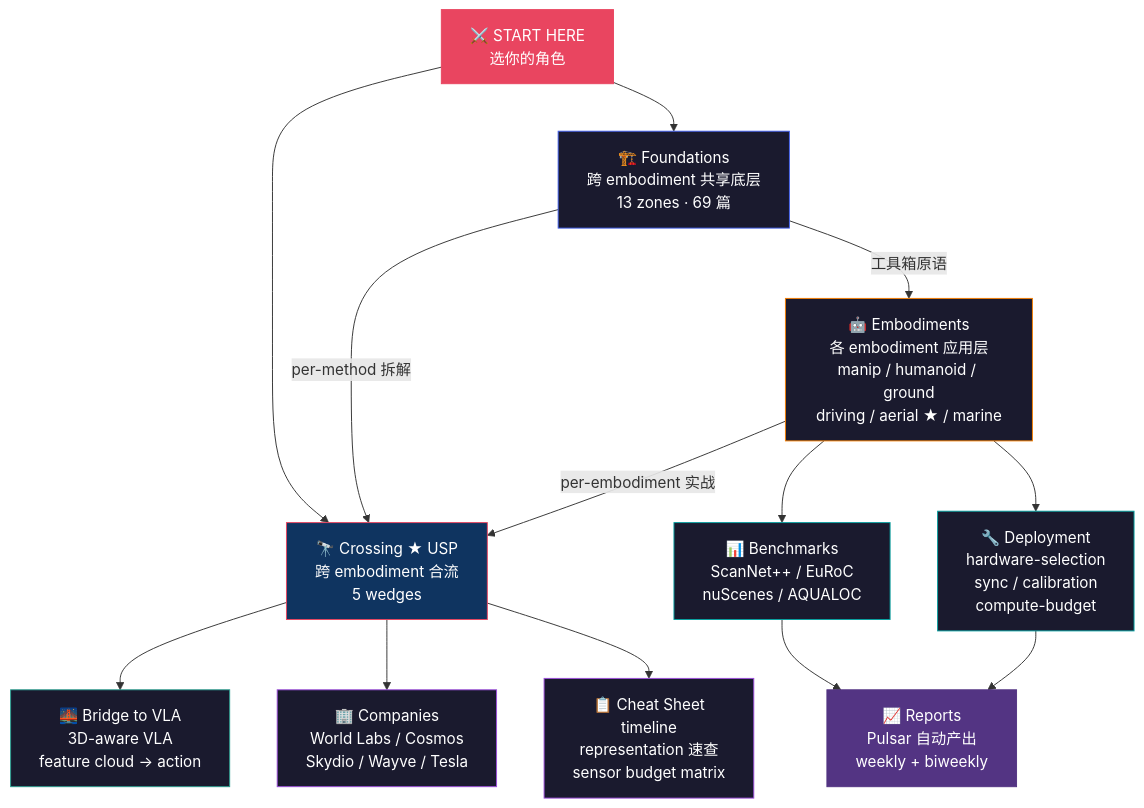
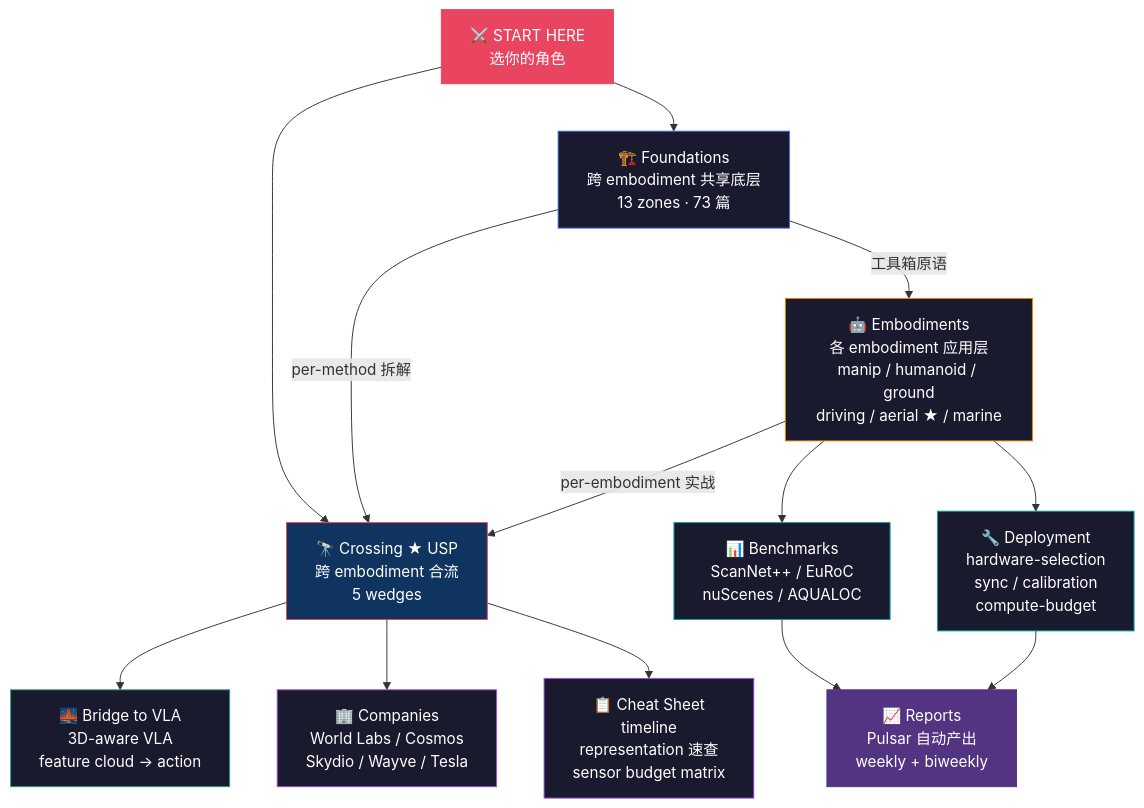
Before and after one commit to sou350121/Spatial-Intelligence-Handbook: the diagram in README.md, drawn with Mermaid. The commit also changed other lines of this file and 7 other files, not shown here.

````diff
--- a/README.md
+++ b/README.md
@@ -48,31 +48,31 @@
 ```mermaid
 graph TD
-    START["⚔️ START HERE<br/>选你的角色"] --> FOUND["🏗️ Foundations<br/>跨 embodiment 共享底层<br/>13 zones · 69 篇"]
+    START["⚔️ START HERE<br/>选你的角色"] --> FOUND["🏗️ Foundations<br/>跨 embodiment 共享底层<br/>13 zones · 73 篇"]
     START --> CROSS["🔭 Crossing ★ USP<br/>跨 embodiment 合流<br/>5 wedges"]
 
     FOUND -->|"工具箱原语"| EMB["🤖 Embodiments<br/>各 embodiment 应用层<br/>manip / humanoid / ground<br/>driving / aerial ★ / marine"]
     FOUND -->|"per-method 拆解"| CROSS
 
     EMB -->|"per-embodiment 实战"| CROSS
 
     CROSS --> BRIDGE["🌉 Bridge to VLA<br/>3D-aware VLA<br/>feature cloud → action"]
     CROSS --> COMP["🏢 Companies<br/>World Labs / Cosmos<br/>Skydio / Wayve / Tesla"]
     CROSS --> CHEAT["📋 Cheat Sheet<br/>timeline<br/>representation 速查<br/>sensor budget matrix"]
 
     EMB --> BENCH["📊 Benchmarks<br/>ScanNet++ / EuRoC<br/>nuScenes / AQUALOC"]
     EMB --> DEPLOY["🔧 Deployment<br/>hardware-selection<br/>sync / calibration<br/>compute-budget"]
 
     BENCH --> REP["📈 Reports<br/>Pulsar 自动产出<br/>weekly + biweekly"]
     DEPLOY --> REP
 
     style START fill:#e94560,stroke:#e94560,color:#fff
     style FOUND fill:#1a1a2e,stroke:#4361ee,color:#fff
     style EMB fill:#1a1a2e,stroke:#f77f00,color:#fff
     style CROSS fill:#0f3460,stroke:#e94560,color:#fff
     style BRIDGE fill:#1a1a2e,stroke:#2a9d8f,color:#fff
     style COMP fill:#1a1a2e,stroke:#9d4edd,color:#fff
     style CHEAT fill:#1a1a2e,stroke:#9d4edd,color:#fff
     style BENCH fill:#1a1a2e,stroke:#06a0a0,color:#fff
     style DEPLOY fill:#1a1a2e,stroke:#06a0a0,color:#fff
     style REP fill:#533483,stroke:#533483,color:#fff
 ```
````
